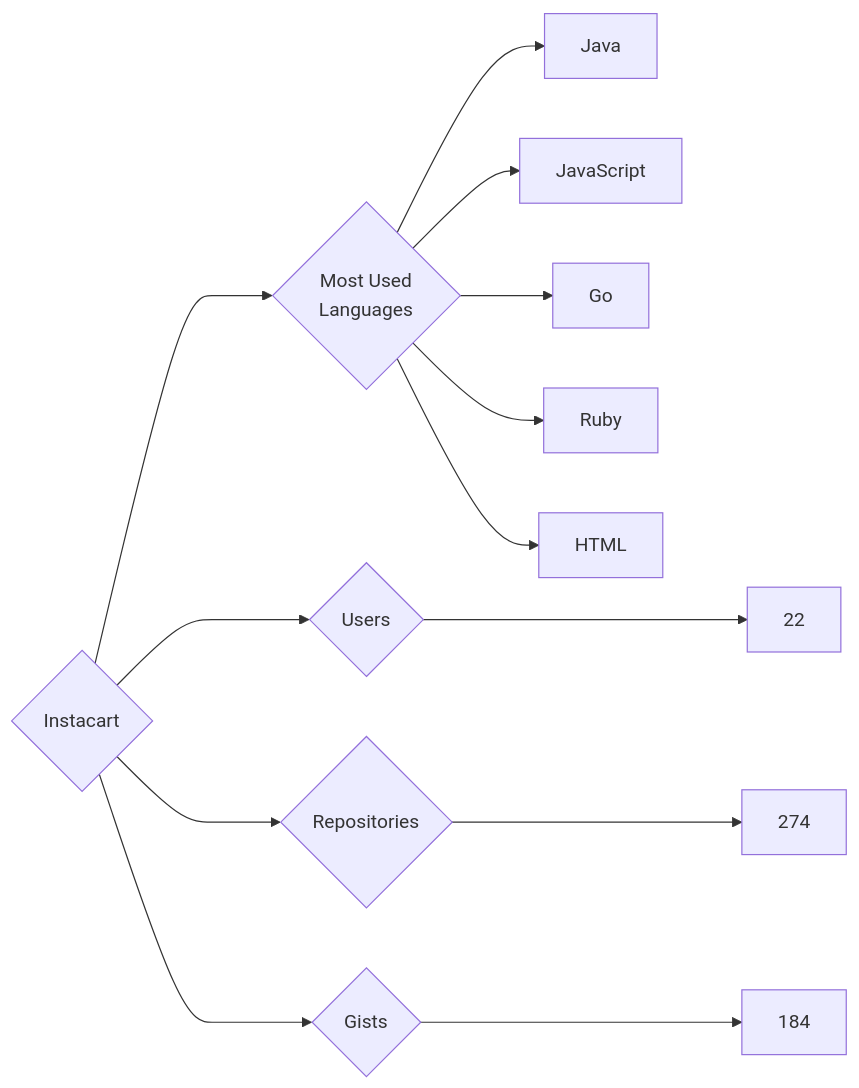
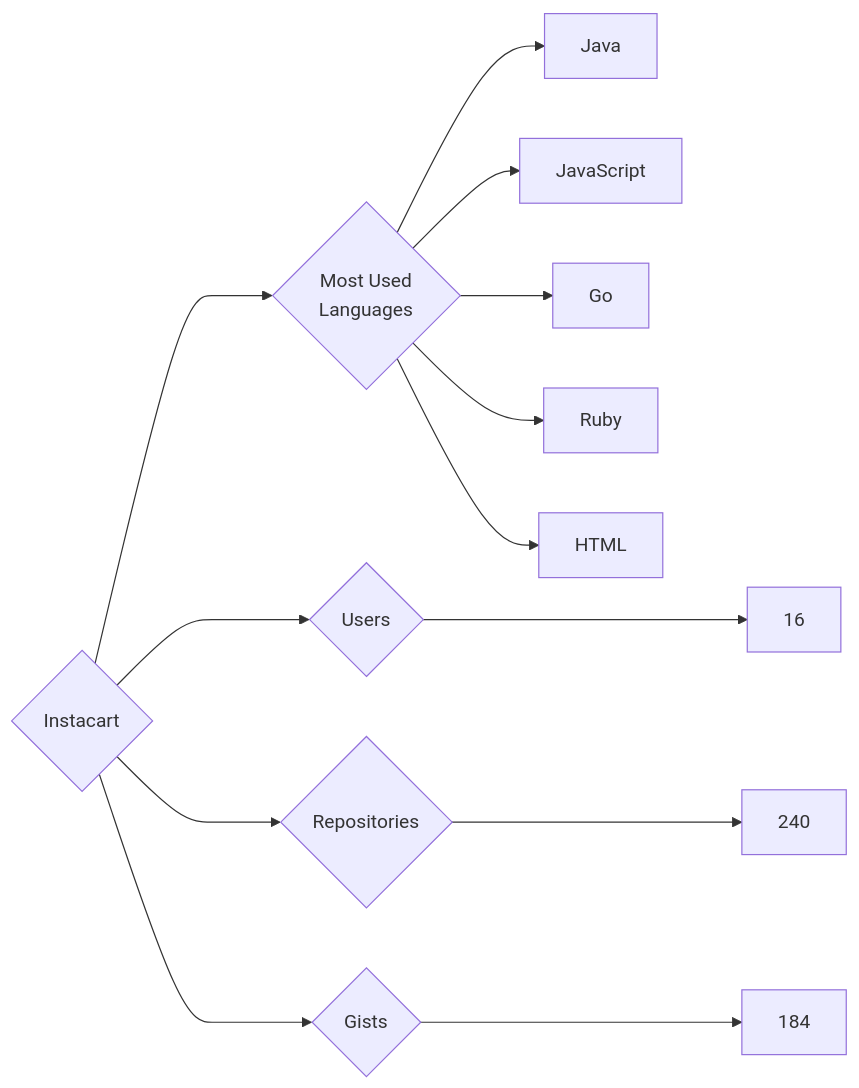
The diagram in targets/Instacart/README.md (trickest/insiders), drawn with Mermaid before and after one commit. The commit also changed 891 other files, not shown here.

````diff
--- a/targets/Instacart/README.md
+++ b/targets/Instacart/README.md
@@ -3,13 +3,13 @@
 ```mermaid
 graph LR
 COMPANY_NAME{Instacart}
-COMPANY_NAME ---> U{Users} ---> UN[22]
-COMPANY_NAME ---> R{Repositories} ---> RN[274]
+COMPANY_NAME ---> U{Users} ---> UN[16]
+COMPANY_NAME ---> R{Repositories} ---> RN[240]
 COMPANY_NAME ---> G{Gists} ---> GN[184]
 COMPANY_NAME ---> ML{Most Used<br>Languages}
 ML --> Java[Java]
 ML --> JavaScript[JavaScript]
 ML --> Go[Go]
 ML --> Ruby[Ruby]
 ML --> HTML[HTML]
 ```
````
